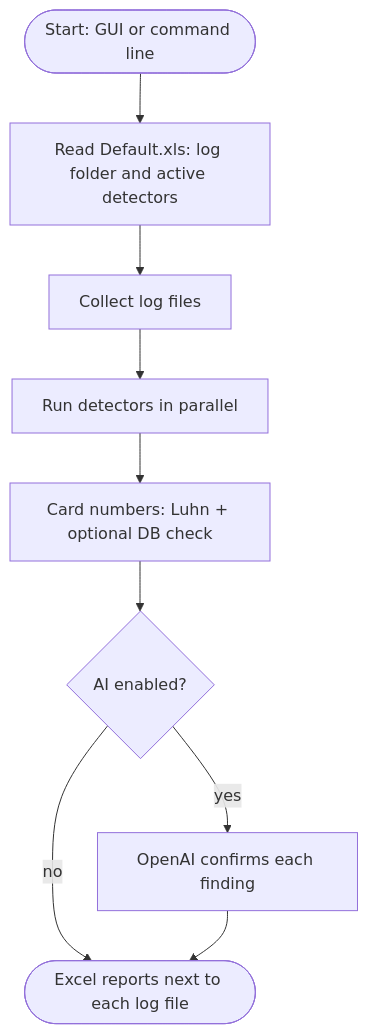
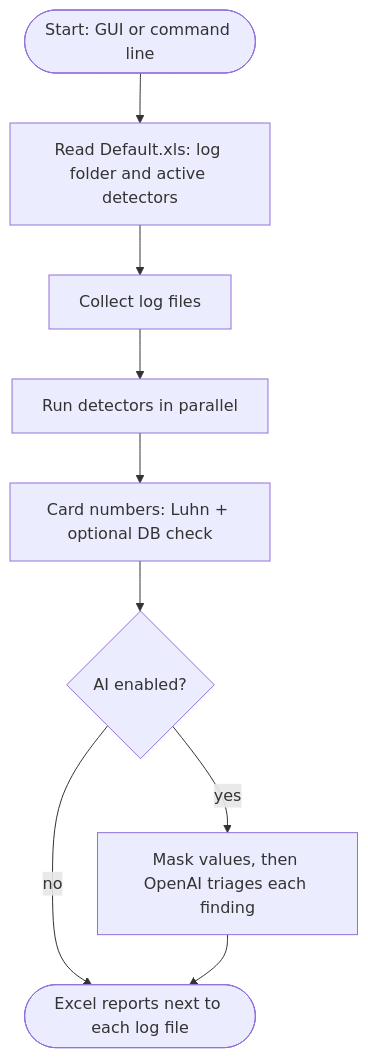
The diagram in README.md (Faizan-Ali-code/LogCheck), drawn with Mermaid before and after one commit. The commit also changed other lines of this file and 4 other files, not shown here.

First line of the commit message:
Mask detected values before any AI request

````diff
--- a/README.md
+++ b/README.md
@@ -15,11 +15,11 @@
 ```mermaid
 flowchart TD
     A([Start: GUI or command line]) --> B[Read Default.xls: log folder and active detectors]
     B --> C[Collect log files]
     C --> D[Run detectors in parallel]
     D --> E[Card numbers: Luhn + optional DB check]
     E --> F{AI enabled?}
-    F -- yes --> G[OpenAI confirms each finding]
+    F -- yes --> G[Mask values, then OpenAI triages each finding]
     F -- no --> H
     G --> H([Excel reports next to each log file])
 ```
````
